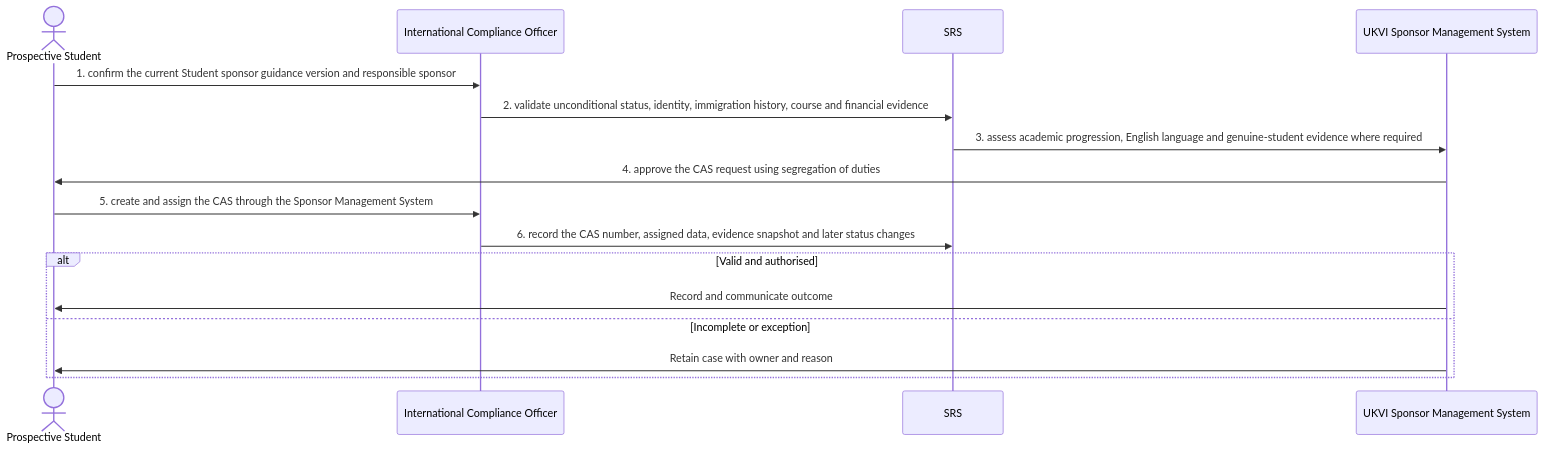
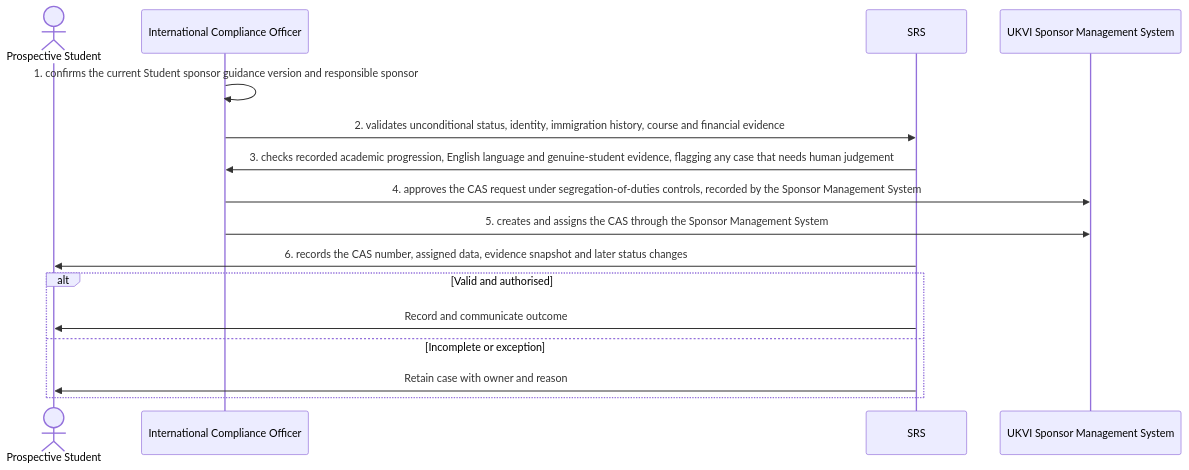
The diagram in docs/business-processes/01-recruitment-and-admissions/bp-01-005-create-and-assign-a-cas.md (RevelationCore/Revelation-SRS), drawn with Mermaid before and after one commit. The commit also changed other lines of this file and 96 other files, not shown here.

````diff
--- a/docs/business-processes/01-recruitment-and-admissions/bp-01-005-create-and-assign-a-cas.md
+++ b/docs/business-processes/01-recruitment-and-admissions/bp-01-005-create-and-assign-a-cas.md
@@ -158,18 +158,18 @@
 ```mermaid
 sequenceDiagram
     actor A1 as Prospective Student
     participant A2 as International Compliance Officer
     participant A3 as SRS
     participant A4 as UKVI Sponsor Management System
-    A1->>A2: 1. confirm the current Student sponsor guidance version and responsible sponsor
-    A2->>A3: 2. validate unconditional status, identity, immigration history, course and financial evidence
-    A3->>A4: 3. assess academic progression, English language and genuine-student evidence where required
-    A4->>A1: 4. approve the CAS request using segregation of duties
-    A1->>A2: 5. create and assign the CAS through the Sponsor Management System
-    A2->>A3: 6. record the CAS number, assigned data, evidence snapshot and later status changes
+    A2->>A2: 1. confirms the current Student sponsor guidance version and responsible sponsor
+    A2->>A3: 2. validates unconditional status, identity, immigration history, course and financial evidence
+    A3->>A2: 3. checks recorded academic progression, English language and genuine-student evidence, flagging any case that needs human judgement
+    A2->>A4: 4. approves the CAS request under segregation-of-duties controls, recorded by the Sponsor Management System
+    A2->>A4: 5. creates and assigns the CAS through the Sponsor Management System
+    A3->>A1: 6. records the CAS number, assigned data, evidence snapshot and later status changes
     alt Valid and authorised
-        A4->>A1: Record and communicate outcome
+        A3->>A1: Record and communicate outcome
     else Incomplete or exception
-        A4->>A1: Retain case with owner and reason
+        A3->>A1: Retain case with owner and reason
     end
 ```
````
